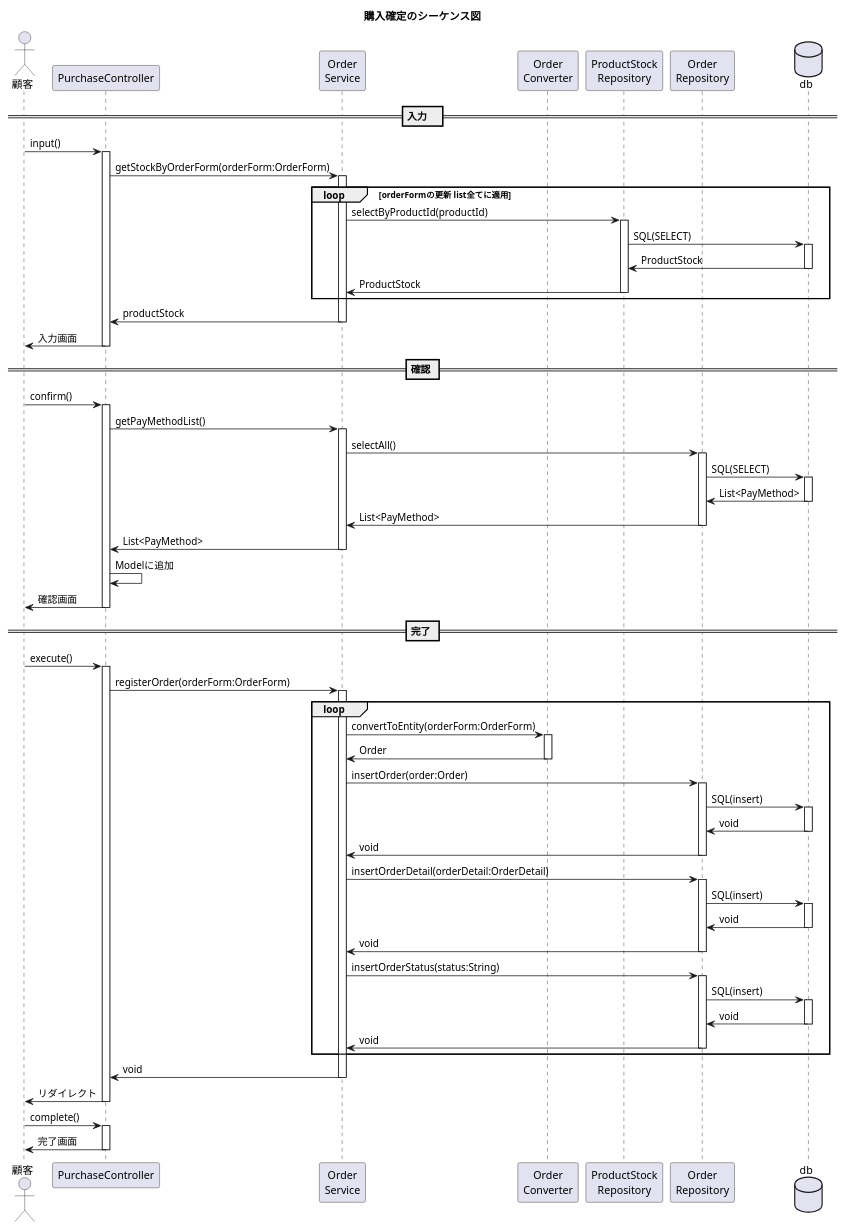
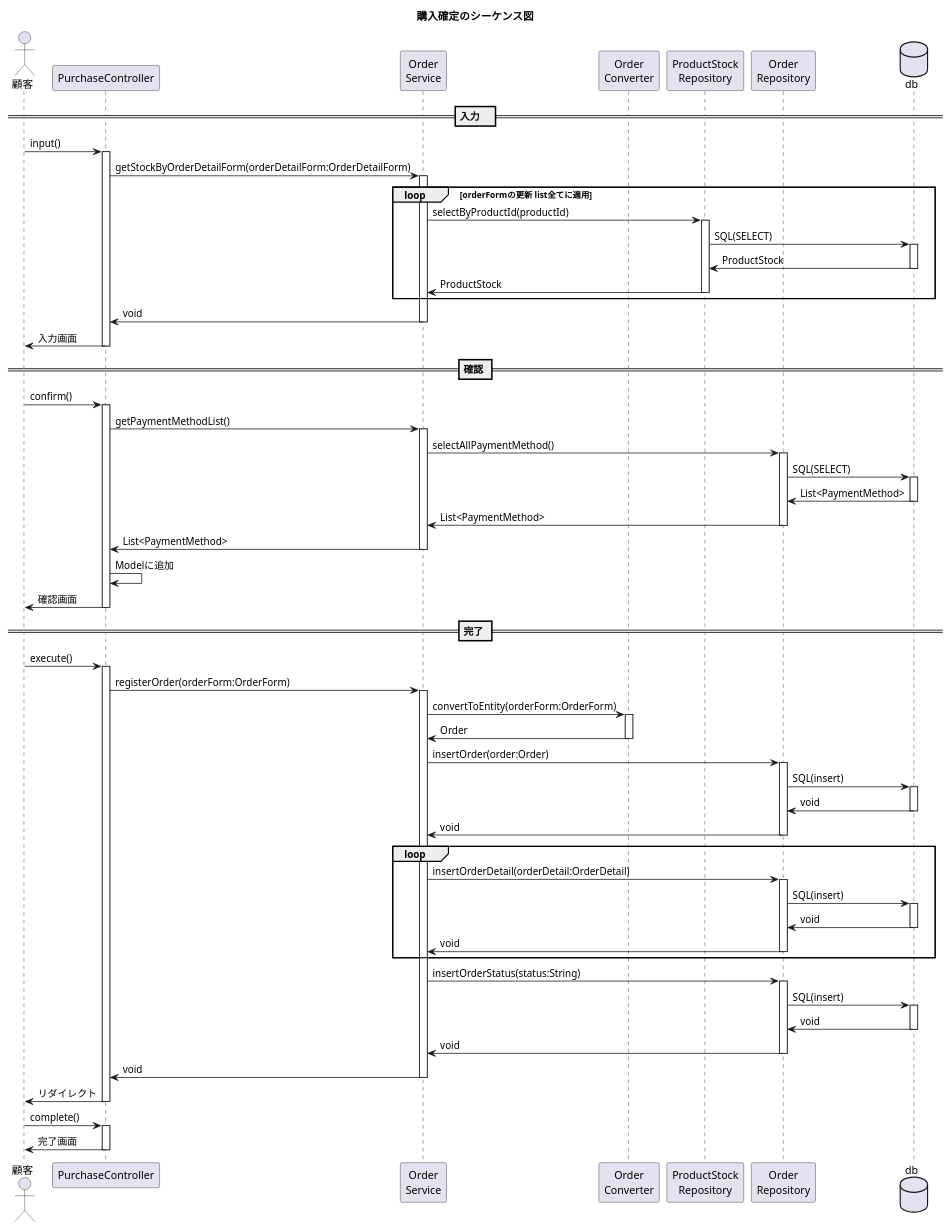
The diagram in plan/uml/sequence/2/uc005.plantuml (kanavii3333/ec-b), drawn with PlantUML before and after one commit. The commit also changed 12 other files, not shown here.

Commit message:
次工程クラス図等

```diff
--- a/plan/uml/sequence/2/uc005.plantuml
+++ b/plan/uml/sequence/2/uc005.plantuml
@@ -1,59 +1,60 @@
 @startuml
 
 title 購入確定のシーケンス図
 actor "顧客" as user
 participant "PurchaseController" as controller
 participant "Order\nService" as service
 participant "Order\nConverter" as helper
 participant "ProductStock\nRepository" as repository1
 participant "Order\nRepository" as repository2
 database "db" as db
 
 == 入力　==
 user -> controller++:input()
-controller -> service++:getStockByOrderForm(orderForm:OrderForm)
+controller -> service++:getStockByOrderDetailForm(orderDetailForm:OrderDetailForm)
 loop orderFormの更新 list全てに適用
 	service -> repository1++:selectByProductId(productId)
 	repository1 -> db++:SQL(SELECT)
 	db -> repository1--:ProductStock
 	repository1 -> service--:ProductStock
 end
-service -> controller--:productStock
+service -> controller--:void
 controller -> user--:入力画面
 
 == 確認 ==
 user -> controller++:confirm()
-controller -> service++:getPayMethodList()
-service -> repository2++:selectAll()
+controller -> service++:getPaymentMethodList()
+service -> repository2++:selectAllPaymentMethod()
 repository2 -> db++:SQL(SELECT)
-repository2 <- db--:List<PayMethod>
-service <- repository2--:List<PayMethod>
-controller <- service--:List<PayMethod>
+repository2 <- db--:List<PaymentMethod>
+service <- repository2--:List<PaymentMethod>
+controller <- service--:List<PaymentMethod>
 controller -> controller:Modelに追加
 controller -> user--:確認画面
 
 == 完了 ==
 user -> controller++:execute()
 controller -> service++:registerOrder(orderForm:OrderForm)
+service -> helper++:convertToEntity(orderForm:OrderForm)
+service <- helper--:Order
+service -> repository2++:insertOrder(order:Order)
+repository2 -> db++:SQL(insert)
+repository2 <- db--:void
+service <- repository2--:void
 loop
-	service -> helper++:convertToEntity(orderForm:OrderForm)
-	service <- helper--:Order
-	service -> repository2++:insertOrder(order:Order)
-	repository2 -> db++:SQL(insert)
-	repository2 <- db--:void
-	service <- repository2--:void
 	service -> repository2++:insertOrderDetail(orderDetail:OrderDetail)
 	repository2 -> db++:SQL(insert)
 	repository2 <- db--:void
 	service <- repository2--:void
-	service -> repository2++:insertOrderStatus(status:String)
-	repository2 -> db++:SQL(insert)
-	repository2 <- db--:void
-	service <- repository2--:void
 end
+service -> repository2++:insertOrderStatus(status:String)
+repository2 -> db++:SQL(insert)
+repository2 <- db--:void
+service <- repository2--:void
+
 controller <- service--:void
 user <- controller--:リダイレクト
 user -> controller++:complete()
 user <- controller--:完了画面
 
 @enduml
```
